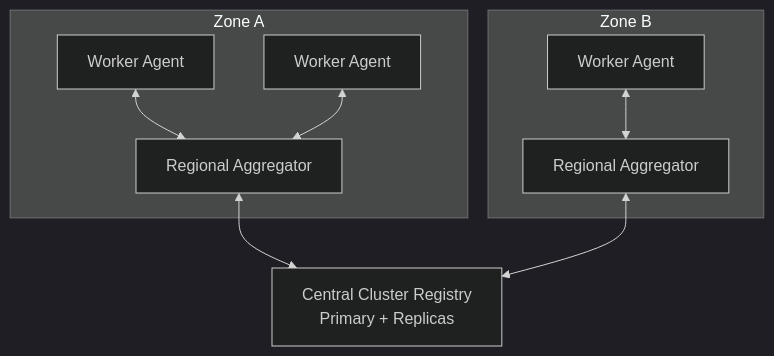
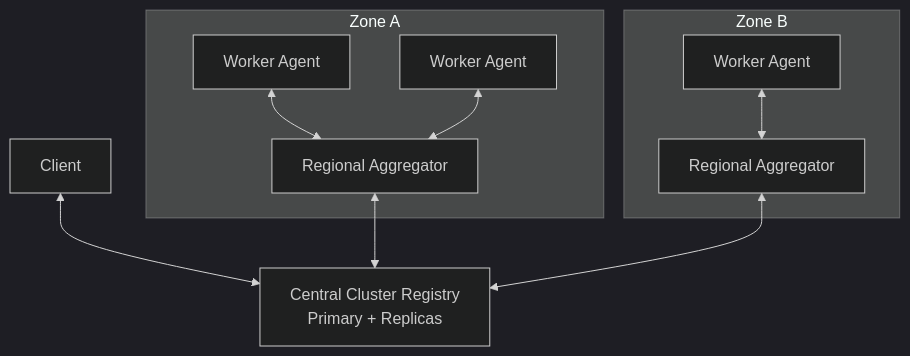
The first of 2 diagrams in spec/02-topology.md (dev-rb-hub/a2a-control-plane), drawn with Mermaid (dark theme) before and after one commit. The commit also changed other lines of this file and 5 other files, not shown here.

````diff
--- a/spec/02-topology.md
+++ b/spec/02-topology.md
@@ -22,18 +25,20 @@
 ```mermaid
 flowchart TB
+    CL[Client]
     CCR[Central Cluster Registry<br/>Primary + Replicas]
     subgraph Zone A
         RA1[Regional Aggregator]
         W1[Worker Agent]
         W2[Worker Agent]
     end
     subgraph Zone B
         RA2[Regional Aggregator]
         W3[Worker Agent]
     end
+    CL <--> CCR
     RA1 <--> CCR
     RA2 <--> CCR
     W1 <--> RA1
     W2 <--> RA1
     W3 <--> RA2
 ```
````
